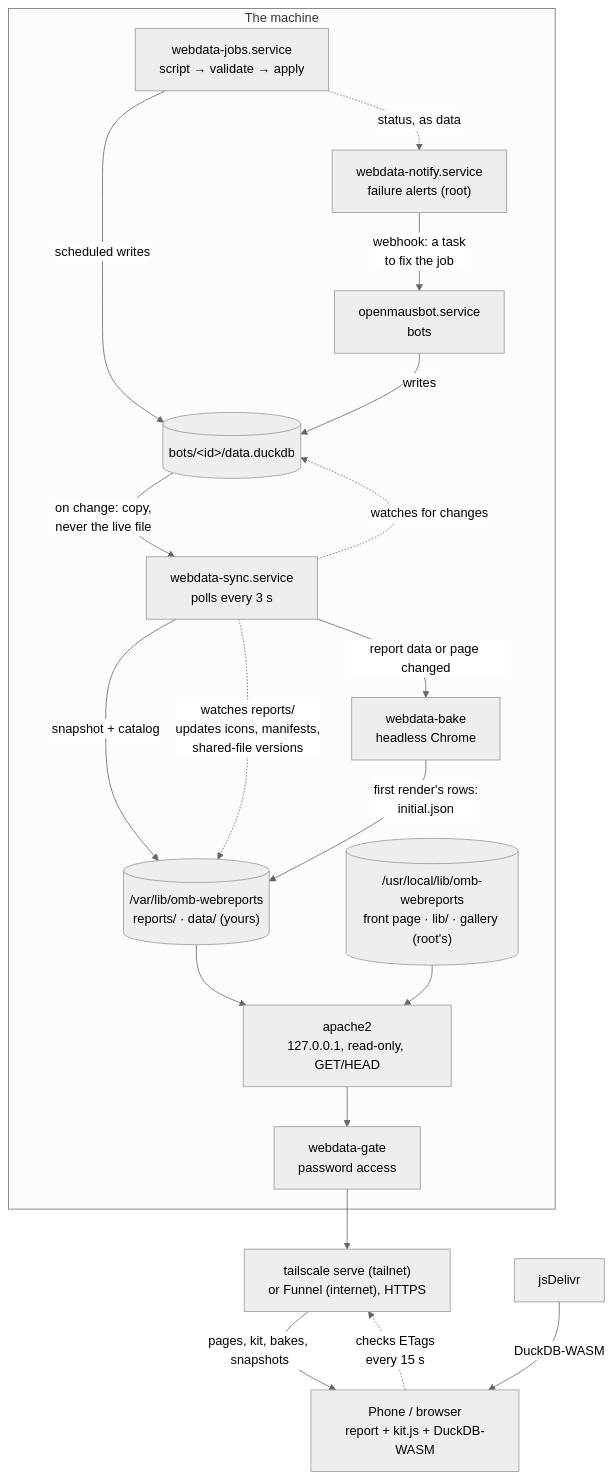
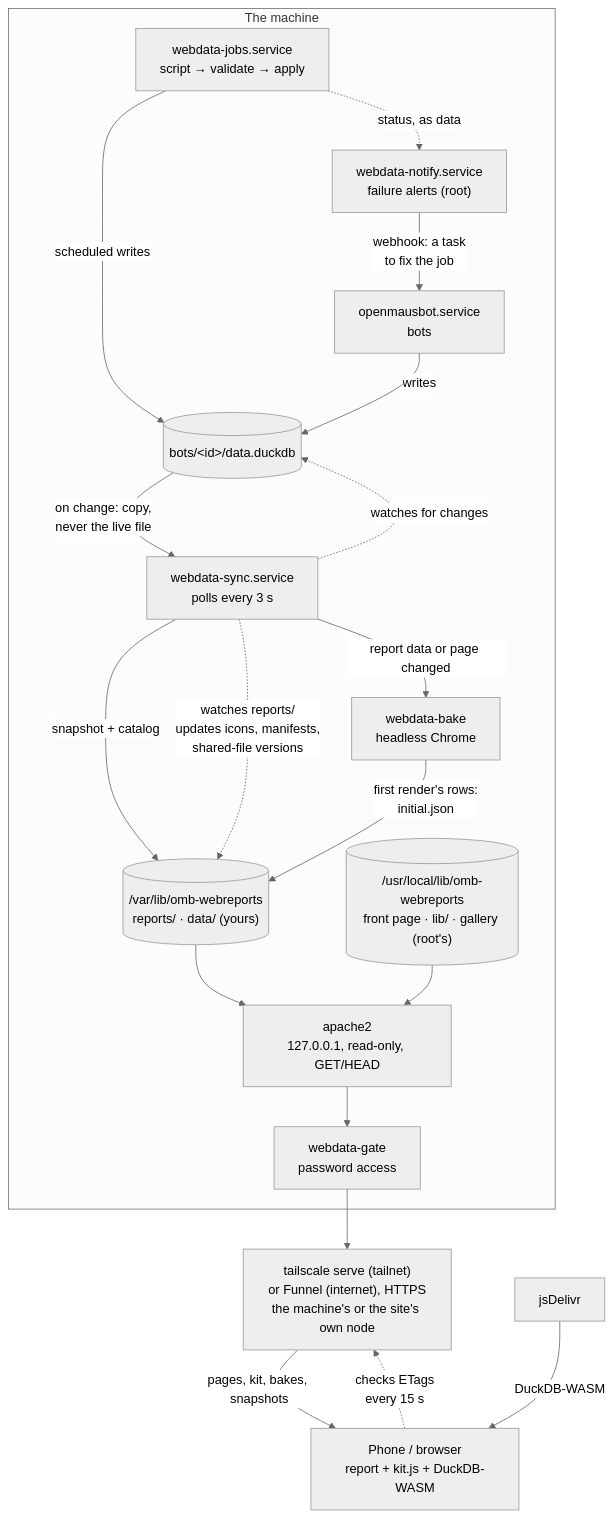
The diagram in docs/architecture.md (ckedwards/omb-webreports), drawn with Mermaid (neutral theme) before and after one commit. The commit also changed other lines of this file and 13 other files, not shown here.

First line of the commit message:
feat: the site's own Tailscale node and address (webdata-admin site)

````diff
--- a/docs/architecture.md
+++ b/docs/architecture.md
@@ -5,36 +5,36 @@
 ```mermaid
 flowchart TB
     subgraph machine["The machine"]
         omb["openmausbot.service<br/>bots"]
         jobs["webdata-jobs.service<br/>script → validate → apply"]
         botdb[("bots/#lt;id#gt;/data.duckdb")]
         sync["webdata-sync.service<br/>polls every 3 s"]
         bake["webdata-bake<br/>headless Chrome"]
         content[("/var/lib/omb-webreports<br/>reports/ · data/ (yours)")]
         program[("/usr/local/lib/omb-webreports<br/>front page · lib/ · gallery (root's)")]
         apache["apache2<br/>127.0.0.1, read-only, GET/HEAD"]
         gate["webdata-gate<br/>password access"]
         notify["webdata-notify.service<br/>failure alerts (root)"]
     end
-    ts["tailscale serve (tailnet)<br/>or Funnel (internet), HTTPS"]
+    ts["tailscale serve (tailnet)<br/>or Funnel (internet), HTTPS<br/>the machine's or the site's own node"]
     client["Phone / browser<br/>report + kit.js + DuckDB-WASM"]
     cdn["jsDelivr"]
 
     omb -- writes --> botdb
     jobs -- "scheduled writes" --> botdb
     sync -. "watches for changes" .-> botdb
     botdb -- "on change: copy,<br/>never the live file" --> sync
     sync -- "snapshot + catalog" --> content
     sync -. "watches reports/<br/>updates icons, manifests,<br/>shared-file versions" .-> content
     sync -- "report data or page changed" --> bake
     bake -- "first render's rows:<br/>initial.json" --> content
     content --> apache
     program --> apache
     apache --> gate
     gate --> ts
     client -. "checks ETags<br/>every 15 s" .-> ts
     ts -- "pages, kit, bakes, snapshots" --> client
     cdn -- "DuckDB-WASM" --> client
     jobs -. "status, as data" .-> notify
     notify -- "webhook: a task<br/>to fix the job" --> omb
 ```
````
